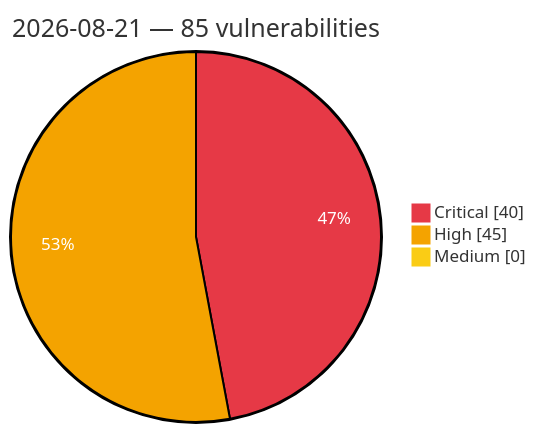
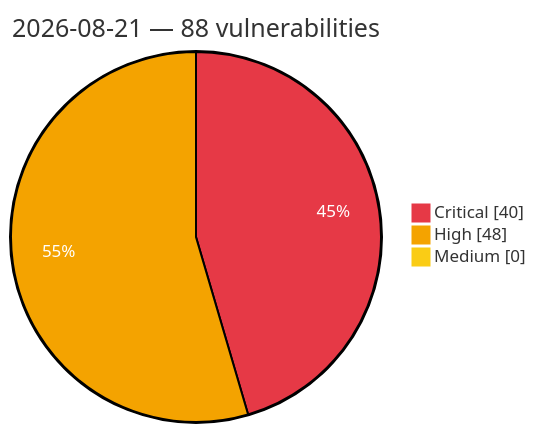
The diagram in vulnerabilities/2026/August/2026-08-21.md (GhostX0X/vuln-tracker), drawn with Mermaid before and after one commit. The commit also changed other lines of this file and 5 other files, not shown here.

````diff
--- a/vulnerabilities/2026/August/2026-08-21.md
+++ b/vulnerabilities/2026/August/2026-08-21.md
@@ -3,8 +3,8 @@
 ```mermaid
 %%{init: {'theme':'base', 'themeVariables': {'pie1':'#e63946', 'pie2':'#f4a300', 'pie3':'#facc15', 'pieOpacity':'1', 'pieOuterStrokeWidth':'2px', 'pieSectionTextColor':'#ffffff'}}}%%
 pie showData
-    title 2026-08-21 — 85 vulnerabilities
+    title 2026-08-21 — 88 vulnerabilities
     "Critical" : 40
-    "High" : 45
+    "High" : 48
     "Medium" : 0
 ```
````
